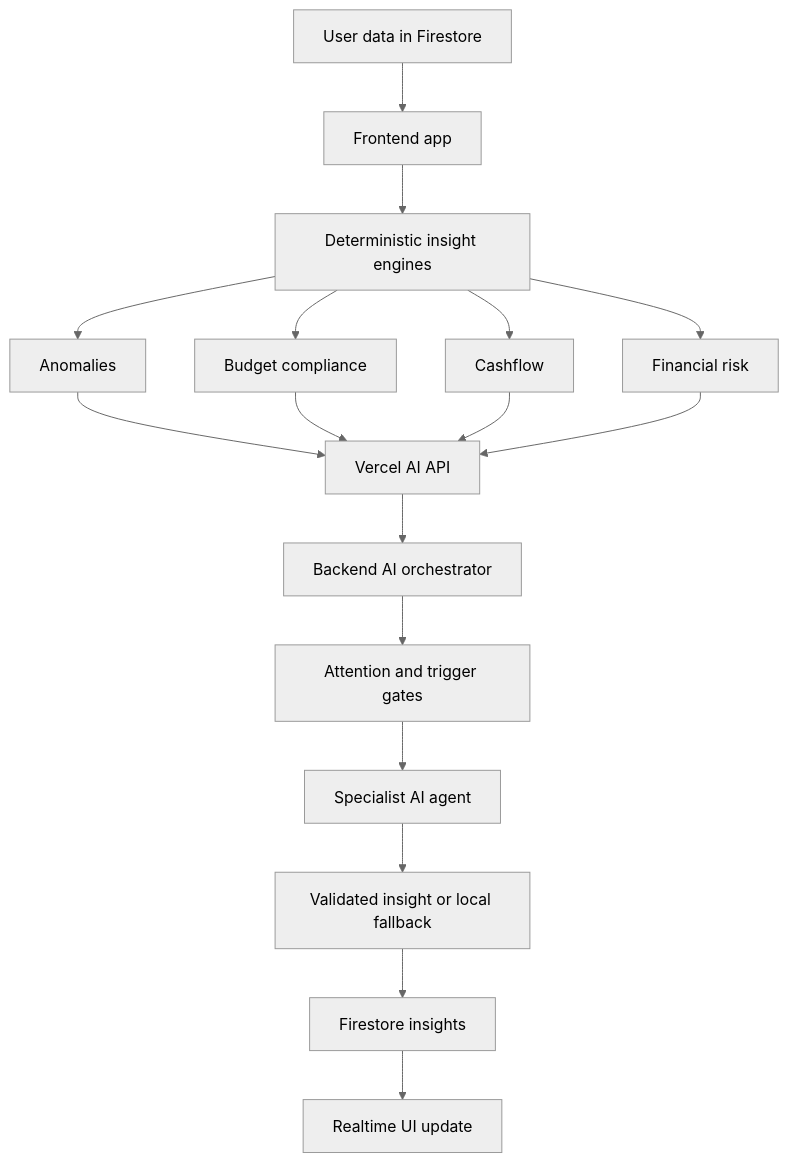
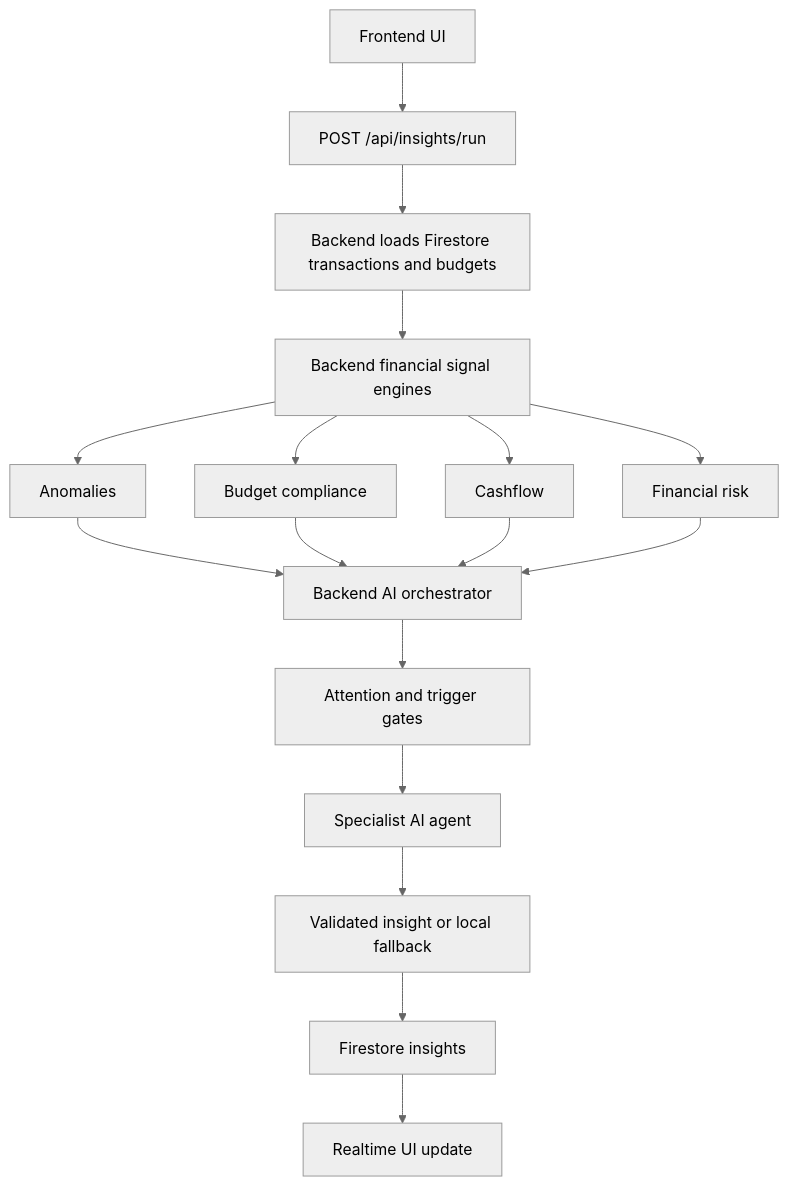
The diagram in docs/overview.md (socode-dev/smartbudget), drawn with Mermaid (neutral theme) before and after one commit. The commit also changed other lines of this file and 48 other files, not shown here.

Commit message:
feat(insights): migrate deterministic financial signal engines to backend and document the backend-owned insight pipeline

````diff
--- a/docs/overview.md
+++ b/docs/overview.md
@@ -22,21 +24,20 @@
 ```mermaid
 flowchart TD
-  A[User data in Firestore] --> B[Frontend app]
-  B --> C[Deterministic insight engines]
-  C --> D[Anomalies]
-  C --> E[Budget compliance]
-  C --> F[Cashflow]
-  C --> G[Financial risk]
+  A[Frontend UI] --> B[POST /api/insights/run]
+  B --> C[Backend loads Firestore transactions and budgets]
+  C --> D[Backend financial signal engines]
+  D --> E[Anomalies]
+  D --> F[Budget compliance]
+  D --> G[Cashflow]
+  D --> H[Financial risk]
 
-  D --> H[Vercel AI API]
-  E --> H
-  F --> H
-  G --> H
-
-  H --> I[Backend AI orchestrator]
+  E --> I[Backend AI orchestrator]
+  F --> I
+  G --> I
+  H --> I
   I --> J[Attention and trigger gates]
   J --> K[Specialist AI agent]
   K --> L[Validated insight or local fallback]
   L --> M[Firestore insights]
   M --> N[Realtime UI update]
 ```
````
